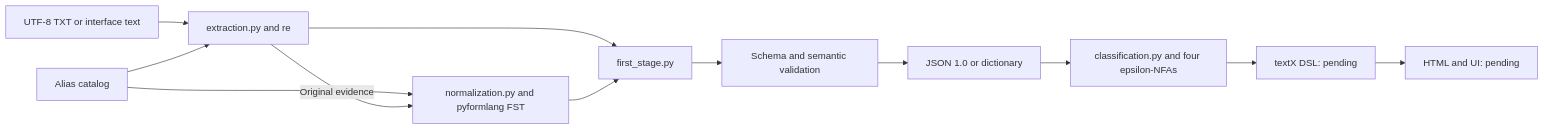
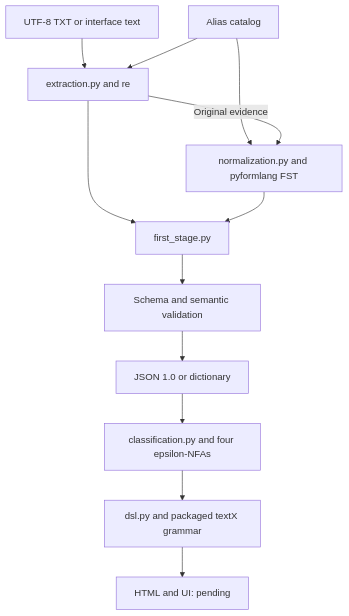
Before and after one commit to ValentinaM31/IntegrativeTask1_ResumeLens: the diagram in docs/module-design.md, drawn with Mermaid. The commit also changed other lines of this file and 46 other files, not shown here.

````diff
--- a/docs/module-design.md
+++ b/docs/module-design.md
@@ -5,14 +5,14 @@
 ```mermaid
-flowchart LR
+flowchart TD
     T[UTF-8 TXT or interface text] --> E[extraction.py and re]
     C[Alias catalog] --> E
     C --> F[normalization.py and pyformlang FST]
     E -->|Original evidence| F
     E --> P[first_stage.py]
     F --> P
     P --> V[Schema and semantic validation]
     V --> J[JSON 1.0 or dictionary]
     J --> A[classification.py and four epsilon-NFAs]
-    A --> D[textX DSL: pending]
+    A --> D[dsl.py and packaged textX grammar]
     D --> H[HTML and UI: pending]
 ```
````
